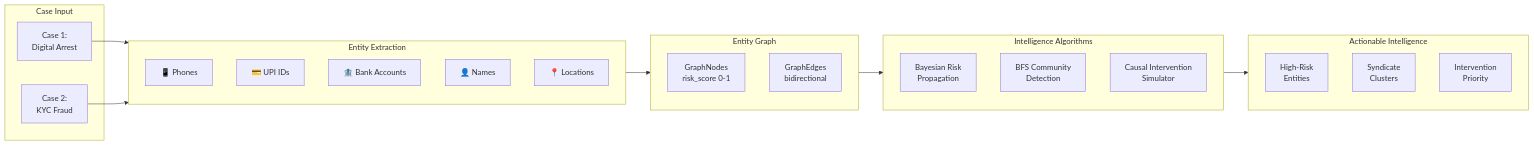
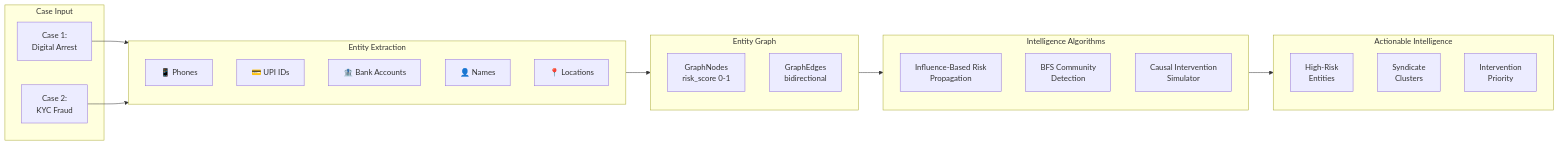
The third of 4 diagrams in docs/architecture.md (bhaskarkarn1/NETRA), drawn with Mermaid before and after one commit. The commit also changed other lines of this file and 2 other files, not shown here.

Commit message:
docs: fix Bayesian → Influence-Based naming in README, architecture, and research abstract
Ensures all documentation matches the renamed algorithm in the codebase.
Cites Kempe et al., KDD 2003 (Independent Cascade model) accurately.

````diff
--- a/docs/architecture.md
+++ b/docs/architecture.md
@@ -81,38 +81,38 @@
 ```mermaid
 graph LR
     subgraph Input["Case Input"]
         C1["Case 1:<br/>Digital Arrest"]
         C2["Case 2:<br/>KYC Fraud"]
     end
 
     subgraph Extraction["Entity Extraction"]
         P["📱 Phones"]
         U["💳 UPI IDs"]
         B["🏦 Bank Accounts"]
         N["👤 Names"]
         L["📍 Locations"]
     end
 
     subgraph Graph["Entity Graph"]
         GN["GraphNodes<br/>risk_score 0-1"]
         GE["GraphEdges<br/>bidirectional"]
     end
 
     subgraph Intelligence["Intelligence Algorithms"]
-        BP["Bayesian Risk<br/>Propagation"]
+        BP["Influence-Based Risk<br/>Propagation"]
         CD["BFS Community<br/>Detection"]
         CI["Causal Intervention<br/>Simulator"]
     end
 
     subgraph Output["Actionable Intelligence"]
         HR["High-Risk<br/>Entities"]
         SY["Syndicate<br/>Clusters"]
         PR["Intervention<br/>Priority"]
     end
 
     C1 --> Extraction
     C2 --> Extraction
     Extraction --> Graph
     Graph --> Intelligence
     Intelligence --> Output
 ```
````
